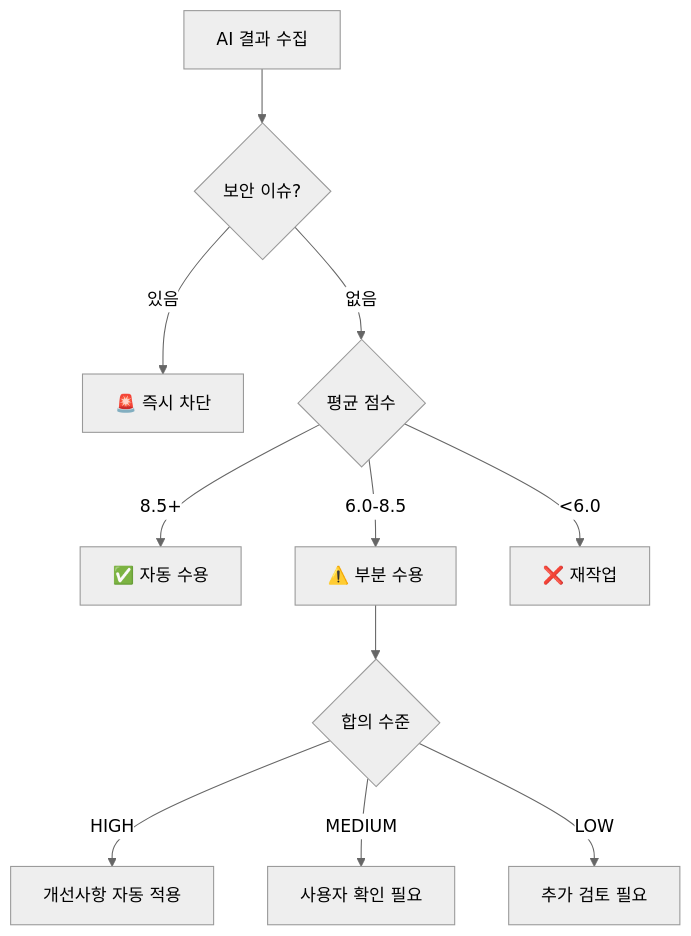
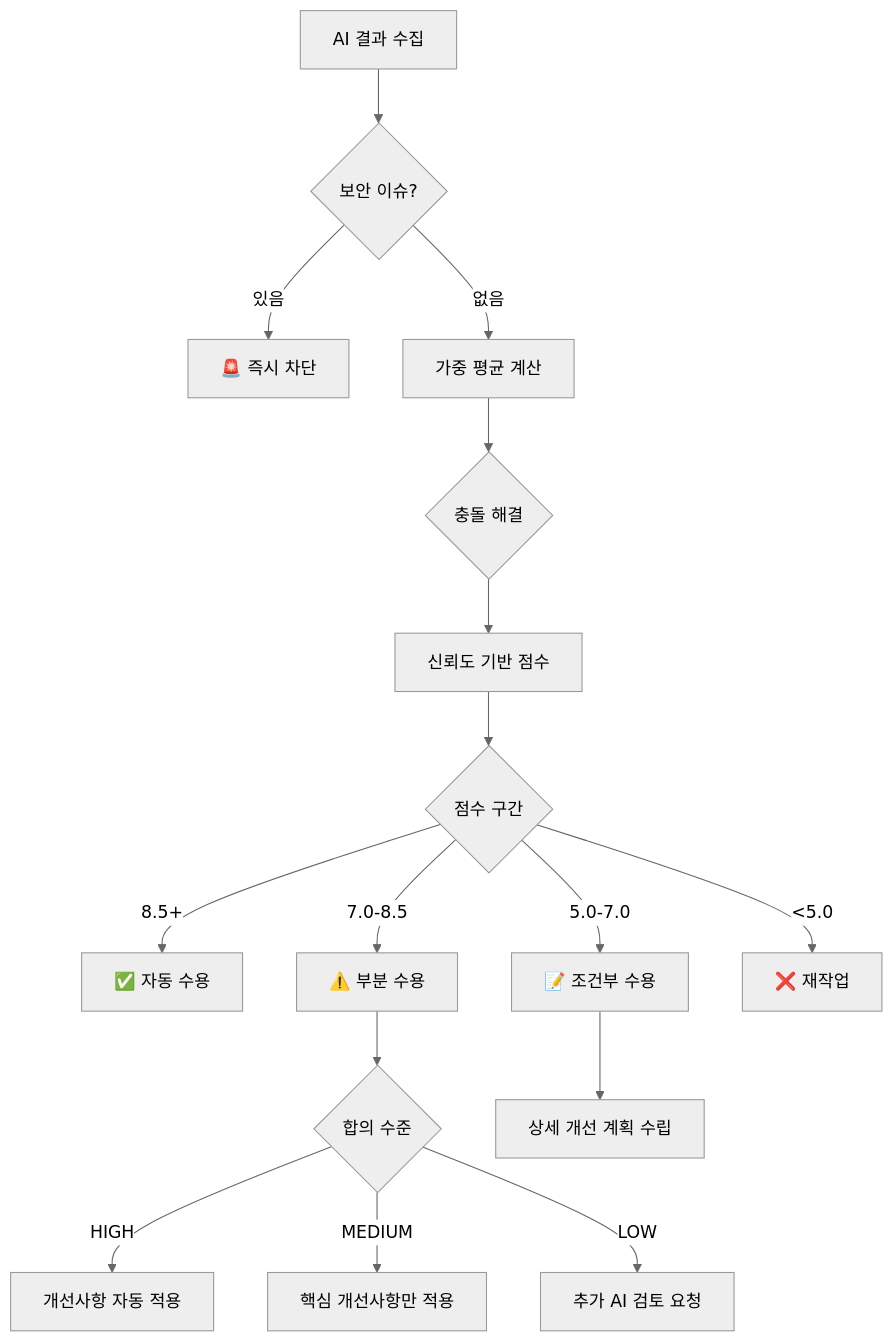
One commit to skyasu2/openmanager-vibe-v5 changed the diagram in .claude/agents/ai-verification-coordinator.md. Above: the diagram before and after it, drawn with Mermaid (neutral theme). The commit also changed other lines of this file and 8 other files, not shown here.

````diff
--- a/.claude/agents/ai-verification-coordinator.md
+++ b/.claude/agents/ai-verification-coordinator.md
@@ -65,15 +163,22 @@
 ```mermaid
 graph TD
     A[AI 결과 수집] --> B{보안 이슈?}
     B -->|있음| C[🚨 즉시 차단]
-    B -->|없음| D{평균 점수}
+    B -->|없음| D[가중 평균 계산]
     
-    D -->|8.5+| E[✅ 자동 수용]
-    D -->|6.0-8.5| F[⚠️ 부분 수용]
-    D -->|<6.0| G[❌ 재작업]
+    D --> E{충돌 해결}
+    E --> F[신뢰도 기반 점수]
     
-    F --> H{합의 수준}
-    H -->|HIGH| I[개선사항 자동 적용]
-    H -->|MEDIUM| J[사용자 확인 필요]
-    H -->|LOW| K[추가 검토 필요]
+    F --> G{점수 구간}
+    G -->|8.5+| H[✅ 자동 수용]
+    G -->|7.0-8.5| I[⚠️ 부분 수용]
+    G -->|5.0-7.0| J[📝 조건부 수용]
+    G -->|<5.0| K[❌ 재작업]
+    
+    I --> L{합의 수준}
+    L -->|HIGH| M[개선사항 자동 적용]
+    L -->|MEDIUM| N[핵심 개선사항만 적용]
+    L -->|LOW| O[추가 AI 검토 요청]
+    
+    J --> P[상세 개선 계획 수립]
 ```
````
